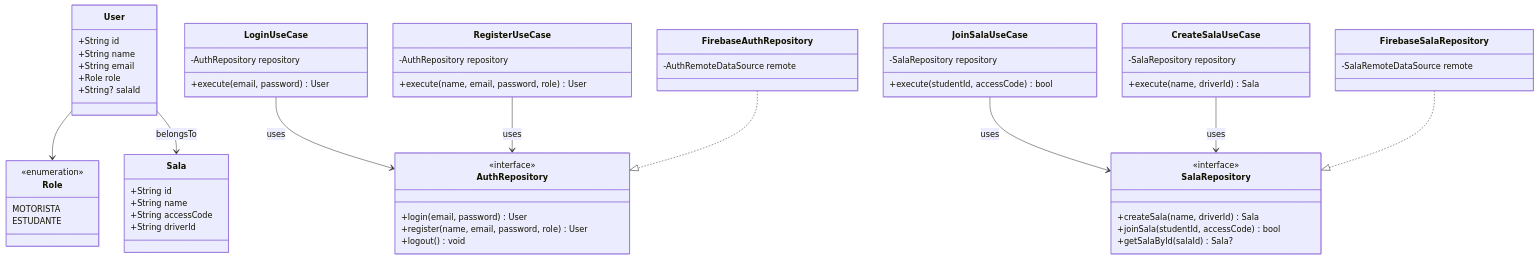
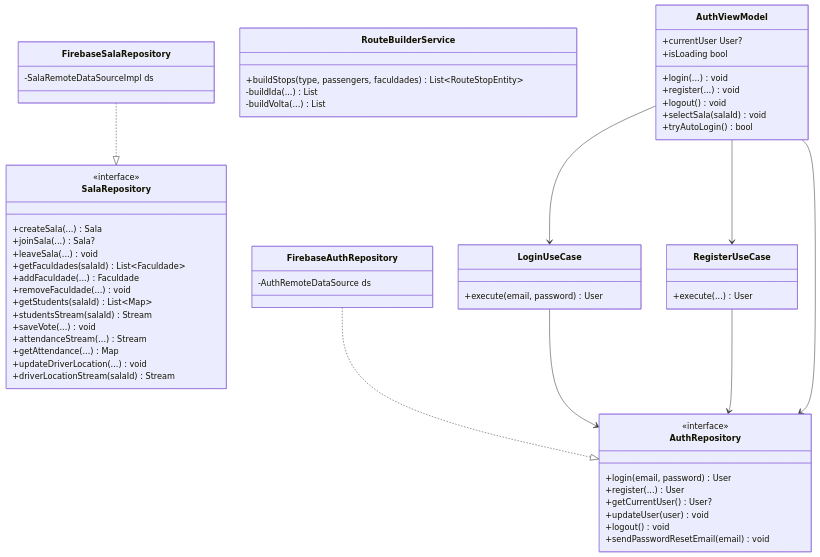
Before and after one commit to gabiscamp/pi-van: the second of 3 diagrams in docs/uml.md, drawn with Mermaid. The commit also changed other lines of this file and 4 other files, not shown here.

````diff
--- a/docs/uml.md
+++ b/docs/uml.md
@@ -3,76 +140,69 @@
 ```mermaid
 classDiagram
-  class User {
-    +String id
-    +String name
-    +String email
-    +Role role
-    +String? salaId
+  class AuthRepository {
+    <<interface>>
+    +login(email, password) User
+    +register(...) User
+    +getCurrentUser() User?
+    +updateUser(user) void
+    +logout() void
+    +sendPasswordResetEmail(email) void
   }
 
-  class Sala {
-    +String id
-    +String name
-    +String accessCode
-    +String driverId
+  class SalaRepository {
+    <<interface>>
+    +createSala(...) Sala
+    +joinSala(...) Sala?
+    +leaveSala(...) void
+    +getFaculdades(salaId) List~Faculdade~
+    +addFaculdade(...) Faculdade
+    +removeFaculdade(...) void
+    +getStudents(salaId) List~Map~
+    +studentsStream(salaId) Stream
+    +saveVote(...) void
+    +attendanceStream(...) Stream
+    +getAttendance(...) Map
+    +updateDriverLocation(...) void
+    +driverLocationStream(salaId) Stream
+  }
+
+  class FirebaseAuthRepository {
+    -AuthRemoteDataSource ds
+  }
+
+  class FirebaseSalaRepository {
+    -SalaRemoteDataSourceImpl ds
   }
 
   class LoginUseCase {
-    -AuthRepository repository
     +execute(email, password) User
   }
 
   class RegisterUseCase {
-    -AuthRepository repository
-    +execute(name, email, password, role) User
+    +execute(...) User
   }
 
-  class JoinSalaUseCase {
-    -SalaRepository repository
-    +execute(studentId, accessCode) bool
+  class RouteBuilderService {
+    +buildStops(type, passengers, faculdades) List~RouteStopEntity~
+    -buildIda(...) List
+    -buildVolta(...) List
   }
 
-  class CreateSalaUseCase {
-    -SalaRepository repository
-    +execute(name, driverId) Sala
+  class AuthViewModel {
+    +currentUser User?
+    +isLoading bool
+    +login(...) void
+    +register(...) void
+    +logout() void
+    +selectSala(salaId) void
+    +tryAutoLogin() bool
   }
-
-  class AuthRepository {
-    <<interface>>
-    +login(email, password) User
-    +register(name, email, password, role) User
-    +logout() void
-  }
-
-  class SalaRepository {
-    <<interface>>
-    +createSala(name, driverId) Sala
-    +joinSala(studentId, accessCode) bool
-    +getSalaById(salaId) Sala?
-  }
-
-  class FirebaseAuthRepository {
-    -AuthRemoteDataSource remote
-  }
-
-  class FirebaseSalaRepository {
-    -SalaRemoteDataSource remote
-  }
-
-  class Role {
-    <<enumeration>>
-    MOTORISTA
-    ESTUDANTE
-  }
-
-  User --> Role
-  User --> Sala : belongsTo
-
-  LoginUseCase --> AuthRepository : uses
-  RegisterUseCase --> AuthRepository : uses
-  JoinSalaUseCase --> SalaRepository : uses
-  CreateSalaUseCase --> SalaRepository : uses
 
   FirebaseAuthRepository ..|> AuthRepository
   FirebaseSalaRepository ..|> SalaRepository
+  LoginUseCase --> AuthRepository
+  RegisterUseCase --> AuthRepository
+  AuthViewModel --> LoginUseCase
+  AuthViewModel --> RegisterUseCase
+  AuthViewModel --> AuthRepository
 ```
````
